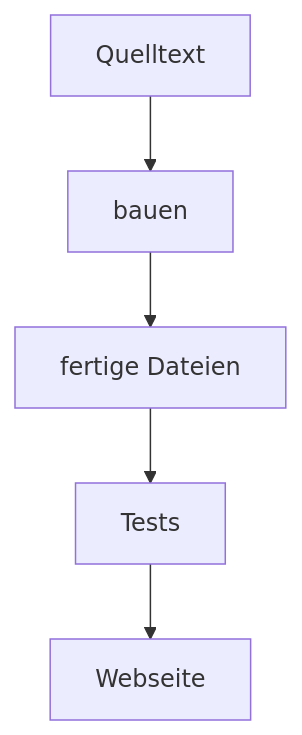
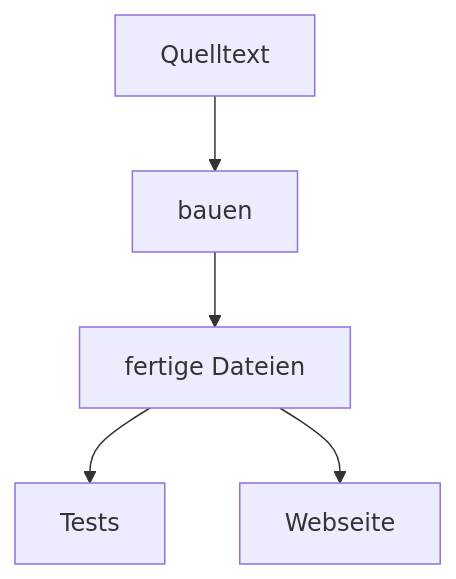
One commit to ChristianHohlfeld/kernengine.de changed the diagram in kern/docs/buch-gelb/02-bauen-und-testen.md. Above: the diagram before and after it, drawn with Mermaid. The commit also changed other lines of this file and 19 other files, not shown here.

````diff
--- a/kern/docs/buch-gelb/02-bauen-und-testen.md
+++ b/kern/docs/buch-gelb/02-bauen-und-testen.md
@@ -35,7 +35,8 @@
 ```mermaid
+%% Bildunterschrift: Bauen und prüfen: Aus den fertigen Dateien werden gleichzeitig die Webseite und die Tests (mehr in 2.10)
 flowchart TB
   Q["Quelltext"] --> B["bauen"]
   B --> F["fertige Dateien"]
   F --> T["Tests"]
-  T --> W["Webseite"]
+  F --> W["Webseite"]
 ```
````
